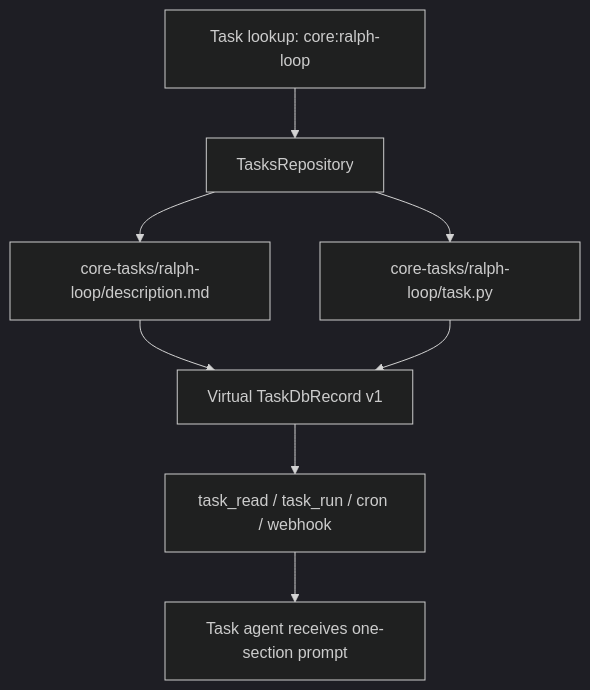
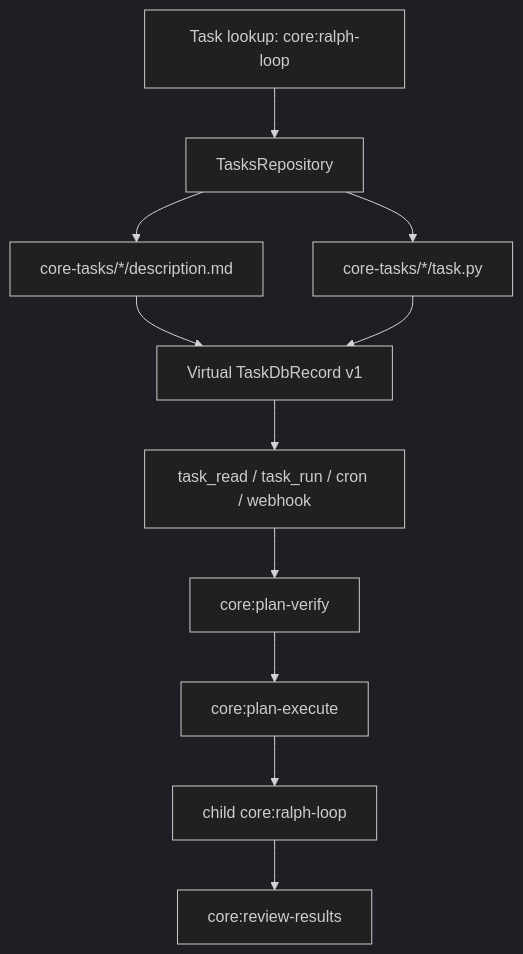
One commit to ex3ndr/daycare changed the diagram in doc/20260311-core-tasks.md. Above: the diagram before and after it, drawn with Mermaid (dark theme). The commit also changed other lines of this file and 15 other files, not shown here.

Commit message:
feat: expand ralph core workflow

````diff
--- a/doc/20260311-core-tasks.md
+++ b/doc/20260311-core-tasks.md
@@ -12,10 +19,13 @@
 ```mermaid
 flowchart TD
     A[Task lookup: core:ralph-loop] --> B[TasksRepository]
-    B --> C[core-tasks/ralph-loop/description.md]
-    B --> D[core-tasks/ralph-loop/task.py]
+    B --> C[core-tasks/*/description.md]
+    B --> D[core-tasks/*/task.py]
     C --> E[Virtual TaskDbRecord v1]
     D --> E
     E --> F[task_read / task_run / cron / webhook]
-    F --> G[Task agent receives one-section prompt]
+    F --> G[core:plan-verify]
+    G --> H[core:plan-execute]
+    H --> I[child core:ralph-loop]
+    I --> J[core:review-results]
 ```
````
